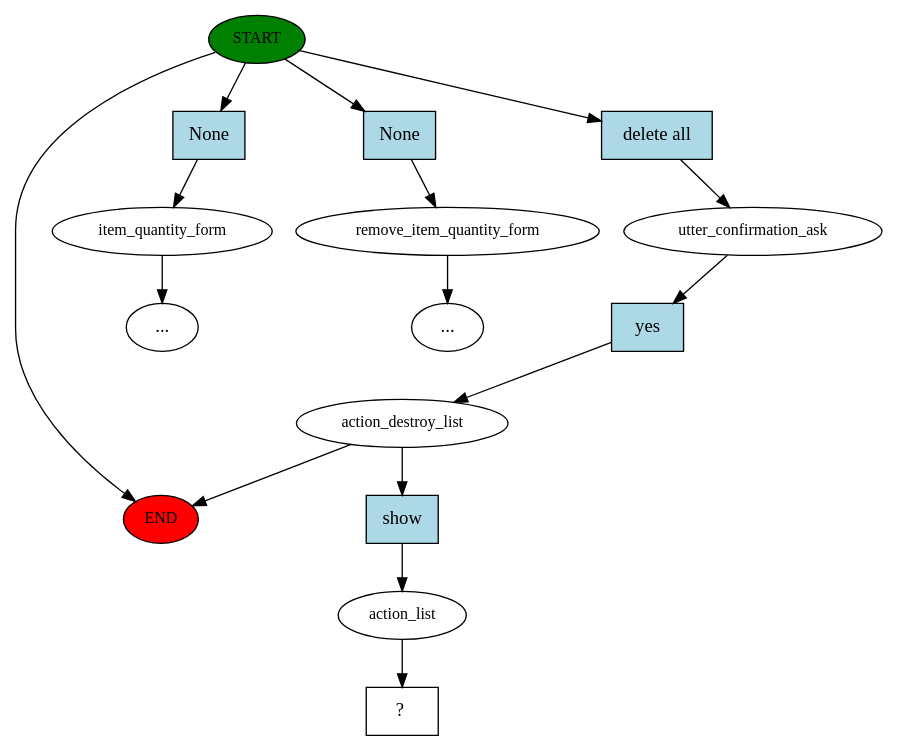
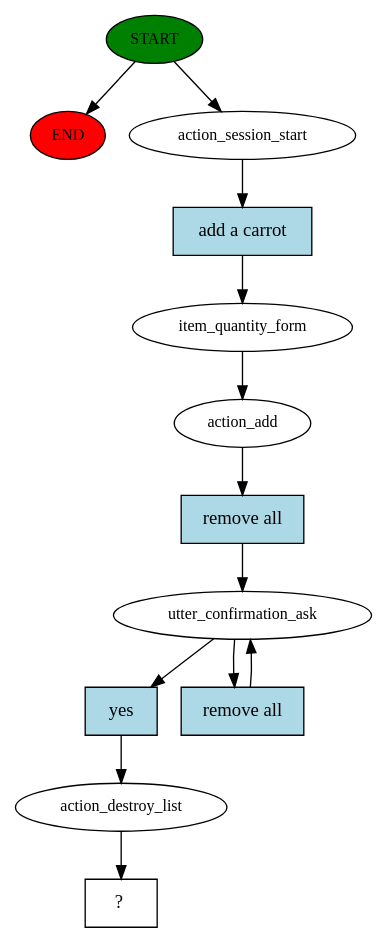
One commit to wwertyexp/CrMidTerm changed the diagram in story_graph.dot. Above: the diagram before and after it, drawn with Graphviz. The commit also changed 5 other files, not shown here.

Commit message:
added utter_noworries to the remove_all story action

```diff
--- a/story_graph.dot
+++ b/story_graph.dot
@@ -1,32 +1,26 @@
 digraph  {
 0 [class="start active", fillcolor=green, fontsize=12, label=START, style=filled];
 "-1" [class=end, fillcolor=red, fontsize=12, label=END, style=filled];
-1 [class="", fontsize=12, label=item_quantity_form];
-"-3" [class=ellipsis, label="..."];
-2 [class="", fontsize=12, label=remove_item_quantity_form];
-"-4" [class=ellipsis, label="..."];
-3 [class=active, fontsize=12, label=utter_confirmation_ask];
-4 [class=active, fontsize=12, label=action_destroy_list];
-7 [class=active, fontsize=12, label=action_list];
-8 [class="intent dashed active", label="  ?  ", shape=rect];
-9 [class=intent, fillcolor=lightblue, label=None, shape=rect, style=filled];
-10 [class=intent, fillcolor=lightblue, label=None, shape=rect, style=filled];
-11 [class="intent active", fillcolor=lightblue, label="delete all", shape=rect, style=filled];
-12 [class="intent active", fillcolor=lightblue, label=yes, shape=rect, style=filled];
-13 [class="intent active", fillcolor=lightblue, label=show, shape=rect, style=filled];
+1 [class=active, fontsize=12, label=action_session_start];
+2 [class=active, fontsize=12, label=item_quantity_form];
+3 [class=active, fontsize=12, label=action_add];
+4 [class=active, fontsize=12, label=utter_confirmation_ask];
+6 [class=active, fontsize=12, label=action_destroy_list];
+7 [class="intent dashed active", label="  ?  ", shape=rect];
+8 [class="intent active", fillcolor=lightblue, label="add a carrot", shape=rect, style=filled];
+9 [class="intent active", fillcolor=lightblue, label="remove all", shape=rect, style=filled];
+10 [class="intent active", fillcolor=lightblue, label=yes, shape=rect, style=filled];
+11 [class="intent active", fillcolor=lightblue, label="remove all", shape=rect, style=filled];
 0 -> "-1"  [class="", key=NONE, label=""];
-0 -> 9  [class="", key=0];
-0 -> 10  [class="", key=0];
-0 -> 11  [class=active, key=0];
-1 -> "-3"  [class="", key=NONE, label=""];
-2 -> "-4"  [class="", key=NONE, label=""];
-3 -> 12  [class=active, key=0];
-4 -> "-1"  [class="", key=NONE, label=""];
-4 -> 13  [class=active, key=0];
-7 -> 8  [class=active, key=NONE, label=""];
-9 -> 1  [class="", key=0];
-10 -> 2  [class="", key=0];
-11 -> 3  [class=active, key=0];
-12 -> 4  [class=active, key=0];
-13 -> 7  [class=active, key=0];
+0 -> 1  [class=active, key=NONE, label=""];
+1 -> 8  [class=active, key=0];
+2 -> 3  [class=active, key=NONE, label=""];
+3 -> 9  [class=active, key=0];
+4 -> 10  [class=active, key=0];
+4 -> 11  [class=active, key=0];
+6 -> 7  [class=active, key=NONE, label=""];
+8 -> 2  [class=active, key=0];
+9 -> 4  [class=active, key=0];
+10 -> 6  [class=active, key=0];
+11 -> 4  [class=active, key=0];
 }
```
